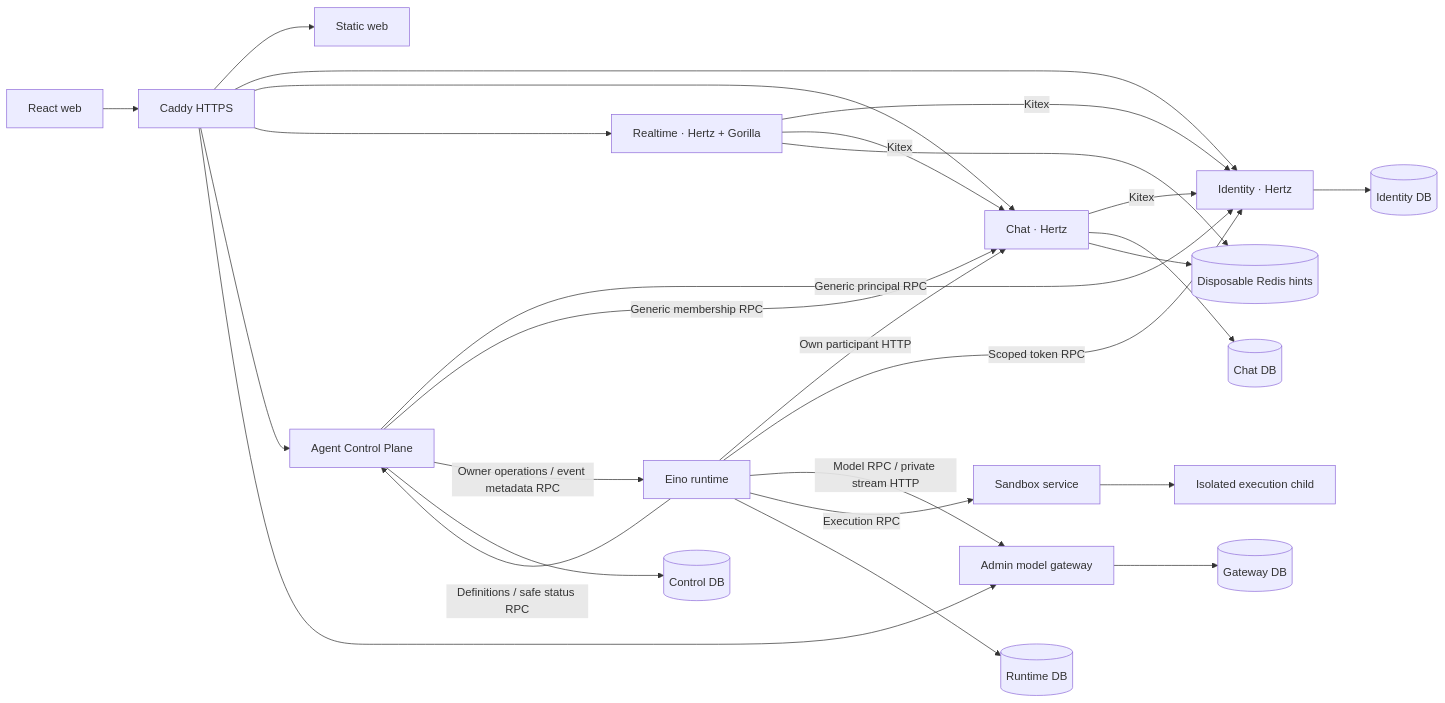
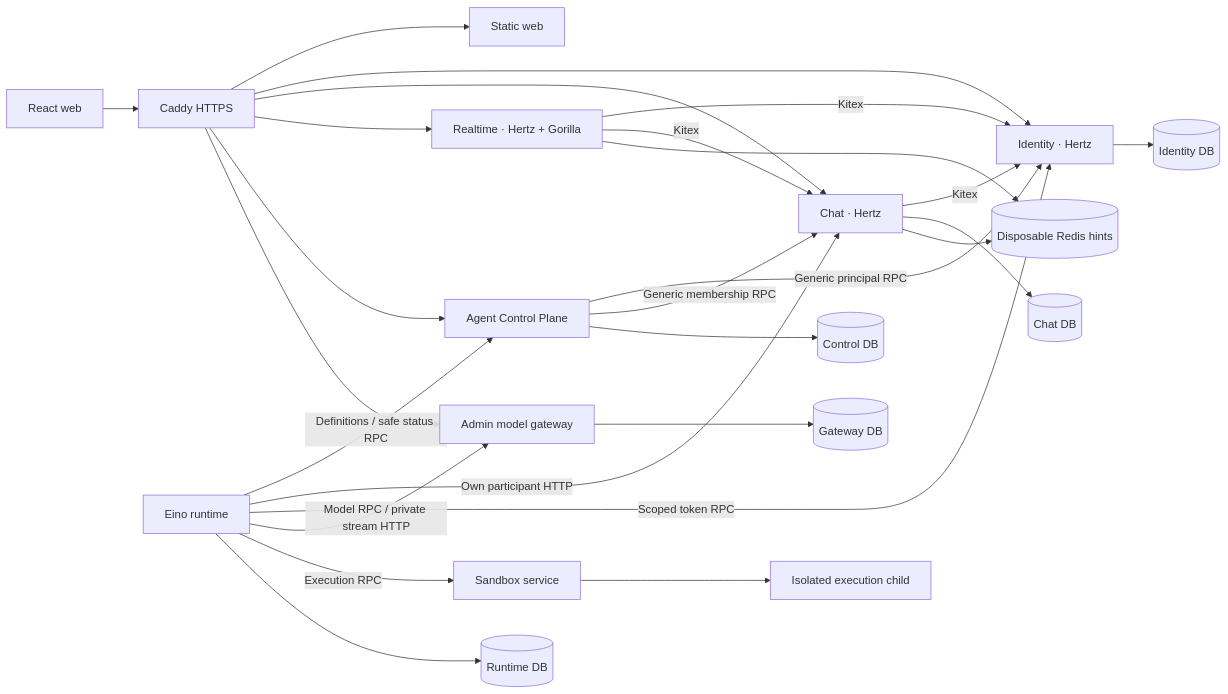
Before and after one commit to zzqDeco/teamie: the diagram in docs/architecture/overview.md, drawn with Mermaid. The commit also changed other lines of this file and 35 other files, not shown here.

````diff
--- a/docs/architecture/overview.md
+++ b/docs/architecture/overview.md
@@ -5,29 +5,28 @@
 ```mermaid
 flowchart LR
   Browser[React web] --> Edge[Caddy HTTPS]
   Edge --> Web[Static web]
   Edge --> Identity[Identity · Hertz]
   Edge --> Chat[Chat · Hertz]
   Edge --> RT[Realtime · Hertz + Gorilla]
   Edge --> CP[Agent Control Plane]
   Edge --> Gateway[Admin model gateway]
   Chat -->|Kitex| Identity
   RT -->|Kitex| Identity
   RT -->|Kitex| Chat
   CP -->|Generic principal RPC| Identity
   CP -->|Generic membership RPC| Chat
-  CP -->|Owner operations / event metadata RPC| Runtime
   Runtime[Eino runtime] -->|Definitions / safe status RPC| CP
   Runtime -->|Own participant HTTP| Chat
   Runtime -->|Scoped token RPC| Identity
   Runtime -->|Model RPC / private stream HTTP| Gateway
   Runtime -->|Execution RPC| Sandbox[Sandbox service]
   Sandbox --> Child[Isolated execution child]
   Identity --> IDB[(Identity DB)]
   Chat --> CDB[(Chat DB)]
   CP --> ADB[(Control DB)]
   Runtime --> RDB[(Runtime DB)]
   Gateway --> GDB[(Gateway DB)]
   Chat --> Redis[(Disposable Redis hints)]
   RT --> Redis
 ```
````
